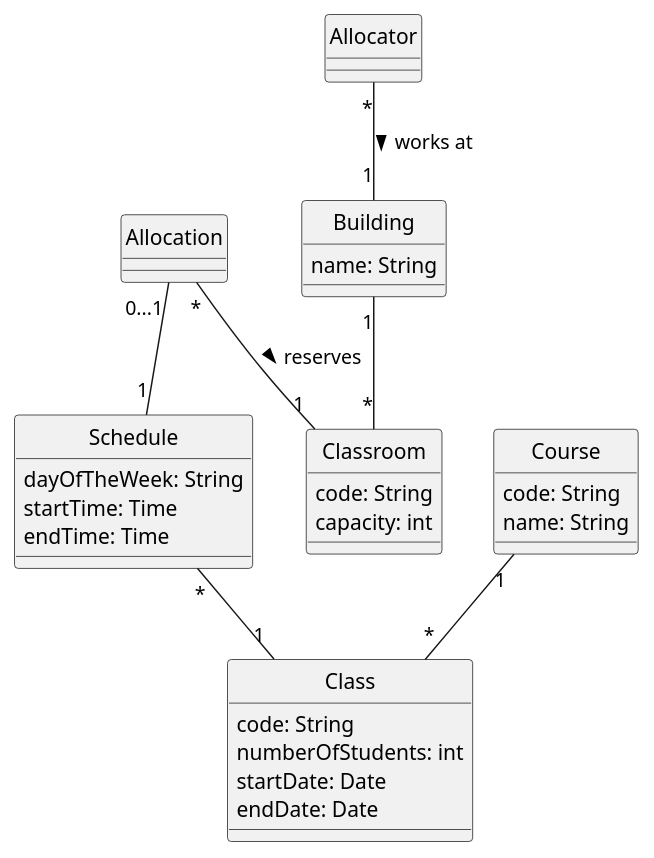
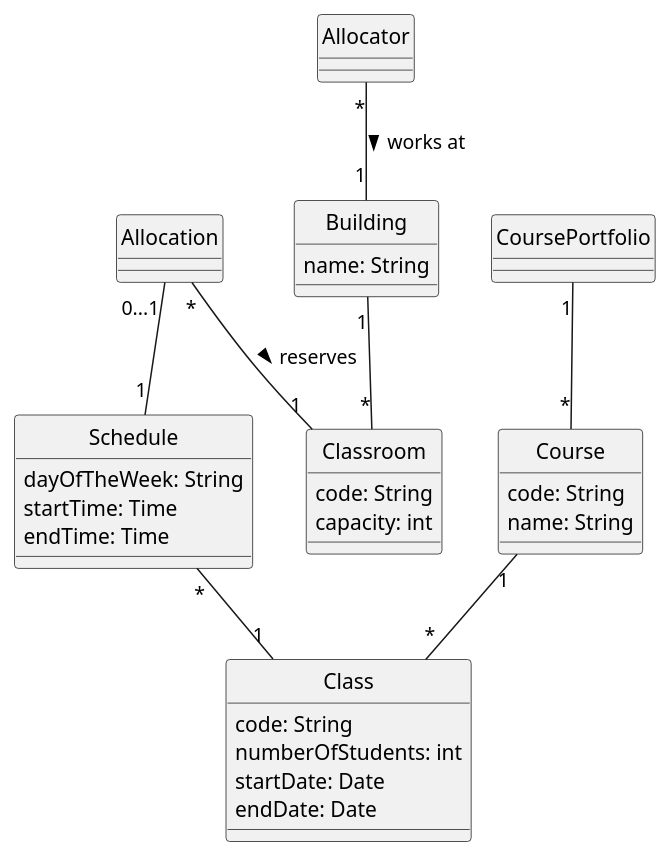
The diagram in projeto/diagrama-de-classes-UC1.puml (tassyla/Salateca), drawn with PlantUML before and after one commit. The commit also changed 3 other files, not shown here.

Commit message:
✨ Diagrama de sequencias

```diff
--- a/projeto/diagrama-de-classes-UC1.puml
+++ b/projeto/diagrama-de-classes-UC1.puml
@@ -1,49 +1,53 @@
 @startuml Classes
 skinparam style strictuml
 
 class Classroom {
     code: String
     capacity: int
 }
 
 class Allocator {
 } 
 
 class Class {
     code: String
     numberOfStudents: int 
     startDate: Date
     endDate: Date
 }
 
 class Schedule {
     dayOfTheWeek: String
     startTime: Time
     endTime: Time
 }
 
 class Course {
     code: String
     name: String
 }
 
 class Allocation {
 }
 
 class Building {
     name: String
 }
 
+class CoursePortfolio {
+}
+
 ' One course has many classes
 Course "1" -- "*" "Class"
 
 ' Many schedules have one class
 Schedule "*" --  "1" Class
 
 ' Many classes have one classroom
 Allocation "*" -- "1" Classroom: reserves >
 Allocation "0...1" -- "1" Schedule
 Allocator "*" -- "1" Building: works at > 
 Building "1" -- "*" Classroom
+CoursePortfolio "1" -- "*" Course
 
 @enduml
```
